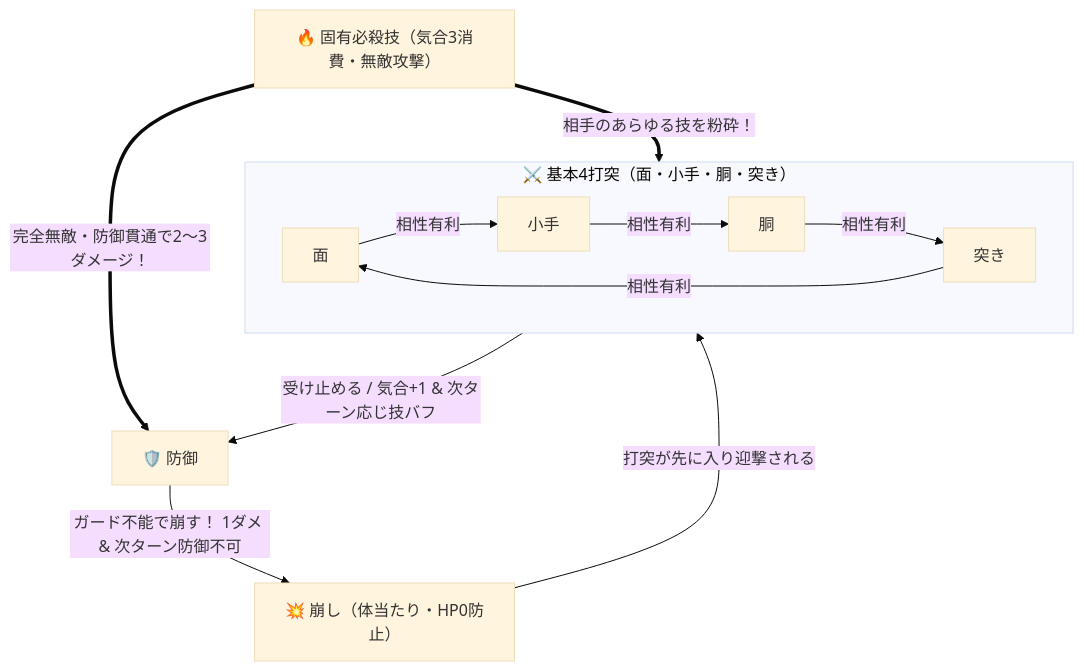
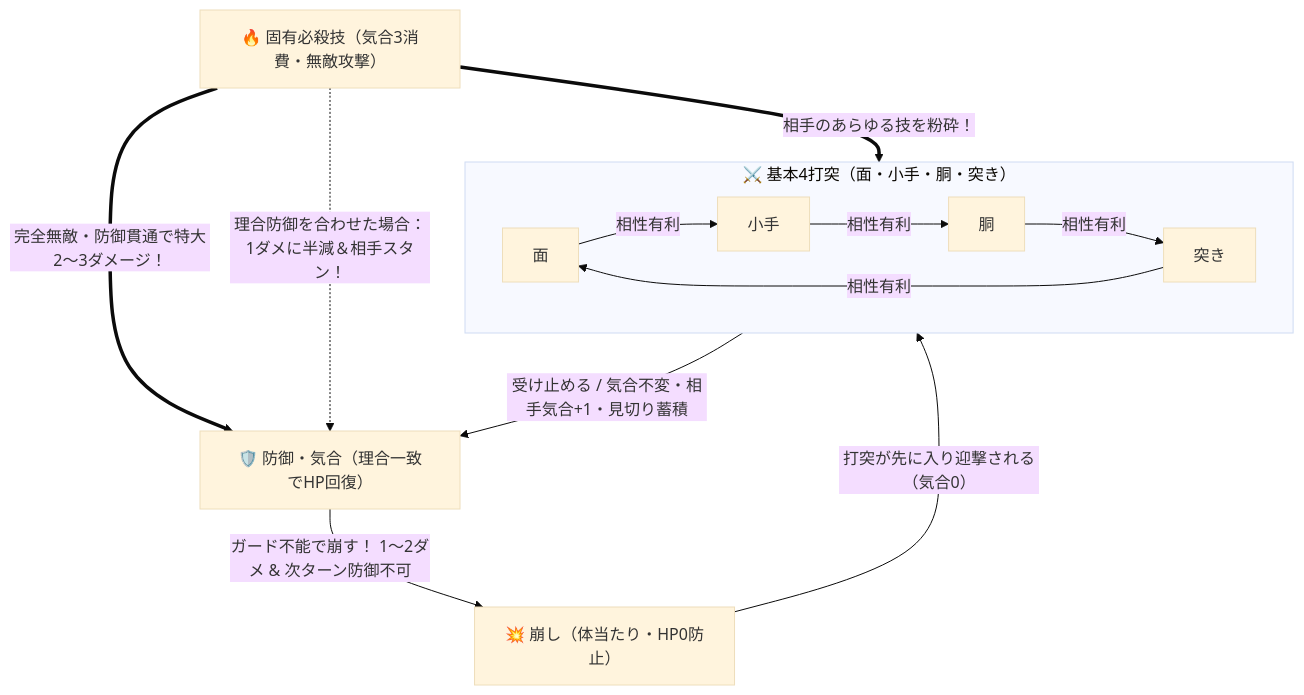
Before and after one commit to rinevo/Kendo: the diagram in docs/battle-system.md, drawn with Mermaid (base theme). The commit also changed other lines of this file and 5 other files, not shown here.

````diff
--- a/docs/battle-system.md
+++ b/docs/battle-system.md
@@ -11,19 +11,20 @@
 ```mermaid
 flowchart TD
     subgraph 基本4打突["⚔️ 基本4打突（面・小手・胴・突き）"]
         Men["面"] -->|相性有利| Kote["小手"]
         Kote -->|相性有利| Do["胴"]
         Do -->|相性有利| Tsuki["突き"]
         Tsuki -->|相性有利| Men
     end
 
-    Defend["🛡️ 防御"]
+    Defend["🛡️ 防御・気合（理合一致でHP回復）"]
     Break["💥 崩し（体当たり・HP0防止）"]
     Special["🔥 固有必殺技（気合3消費・無敵攻撃）"]
 
-    基本4打突 -->|受け止める / 気合+1 & 次ターン応じ技バフ| Defend
-    Defend -->|ガード不能で崩す！ 1ダメ & 次ターン防御不可| Break
-    Break -->|打突が先に入り迎撃される| 基本4打突
-    Special ==>|完全無敵・防御貫通で2〜3ダメージ！| Defend
+    基本4打突 -->|受け止める / 気合不変・相手気合+1・見切り蓄積| Defend
+    Defend -->|ガード不能で崩す！ 1〜2ダメ & 次ターン防御不可| Break
+    Break -->|打突が先に入り迎撃される（気合0）| 基本4打突
+    Special ==>|完全無敵・防御貫通で特大2〜3ダメージ！| Defend
+    Special -.->|理合防御を合わせた場合：1ダメに半減＆相手スタン！| Defend
     Special ==>|相手のあらゆる技を粉砕！| 基本4打突
 ```
````
